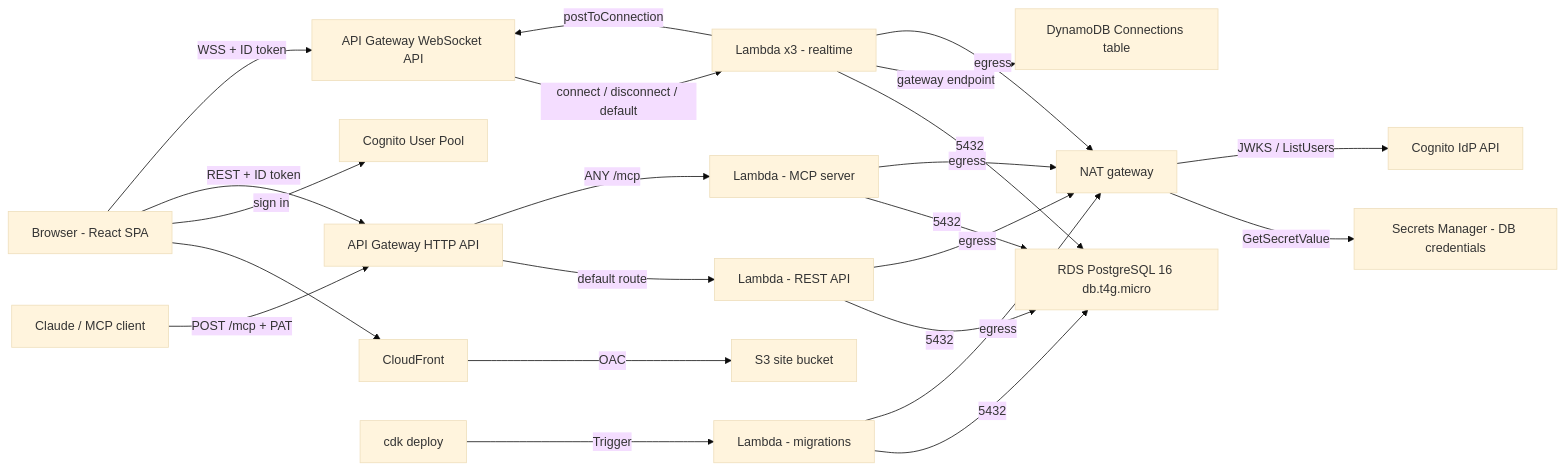
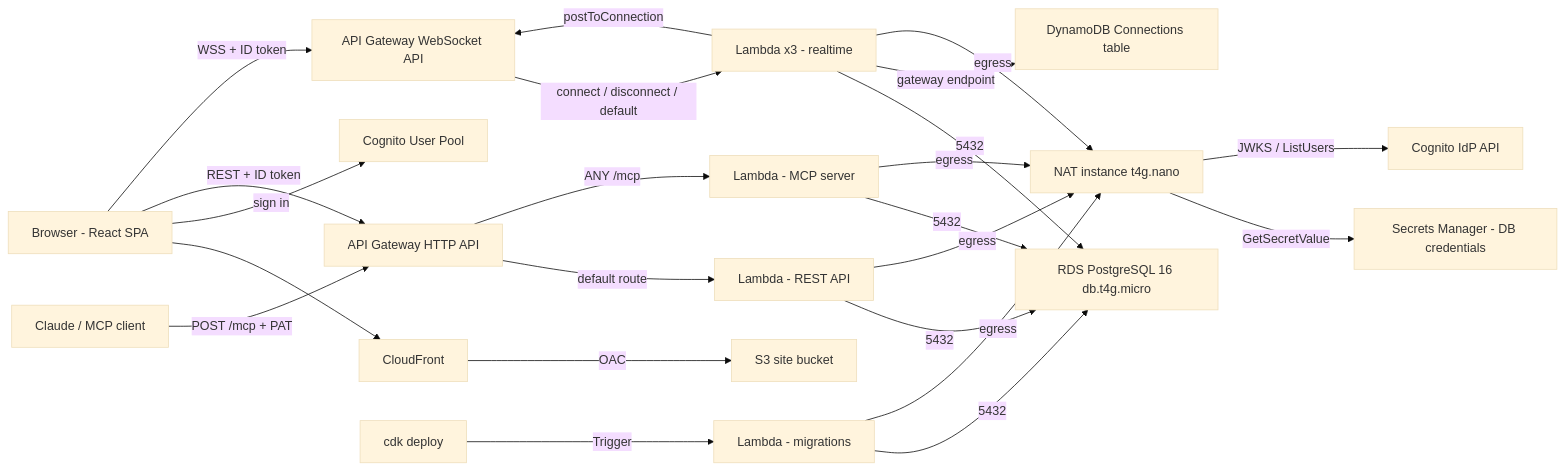
One commit to Sharann-del/Clara changed the diagram in docs/aws-report.md. Above: the diagram before and after it, drawn with Mermaid (base theme). The commit also changed other lines of this file and 18 other files, not shown here.

````diff
--- a/docs/aws-report.md
+++ b/docs/aws-report.md
@@ -49,25 +51,25 @@
 ```mermaid
 flowchart LR
   Browser[Browser - React SPA] --> CloudFront[CloudFront]
   CloudFront -->|OAC| S3[S3 site bucket]
   Browser -->|sign in| Cognito[Cognito User Pool]
   Browser -->|REST + ID token| HttpApi[API Gateway HTTP API]
   Browser -->|WSS + ID token| WsApi[API Gateway WebSocket API]
   Claude[Claude / MCP client] -->|POST /mcp + PAT| HttpApi
   HttpApi -->|default route| ApiFn[Lambda - REST API]
   HttpApi -->|ANY /mcp| McpFn[Lambda - MCP server]
   WsApi -->|connect / disconnect / default| WsFn[Lambda x3 - realtime]
   Deploy[cdk deploy] -->|Trigger| MigrateFn[Lambda - migrations]
   ApiFn -->|5432| RDS[RDS PostgreSQL 16 db.t4g.micro]
   McpFn -->|5432| RDS
   WsFn -->|5432| RDS
   MigrateFn -->|5432| RDS
   WsFn -->|gateway endpoint| DynamoDB[DynamoDB Connections table]
   WsFn -->|postToConnection| WsApi
-  ApiFn -->|egress| NAT[NAT gateway]
+  ApiFn -->|egress| NAT[NAT instance t4g.nano]
   McpFn -->|egress| NAT
   WsFn -->|egress| NAT
   MigrateFn -->|egress| NAT
   NAT -->|GetSecretValue| Secrets[Secrets Manager - DB credentials]
   NAT -->|JWKS / ListUsers| CognitoAPI[Cognito IdP API]
 ```
````
